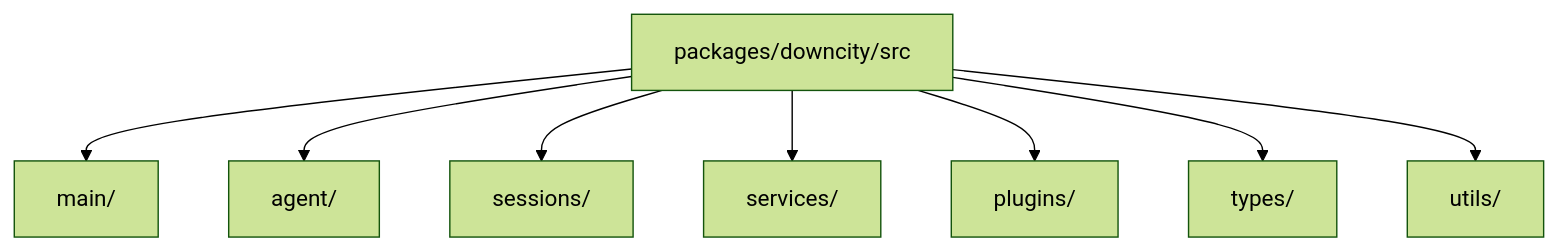
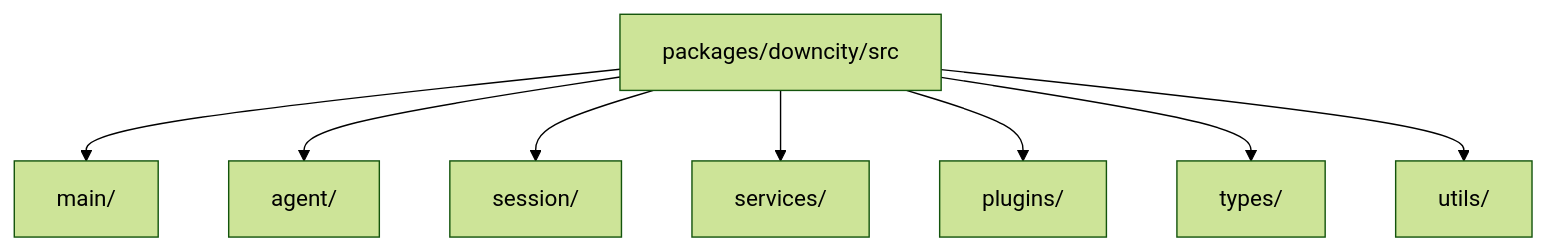
The diagram in homepage/content/devdocs/en/package/module-breakdown.mdx (wangenius/downcity), drawn with Mermaid (forest theme) before and after one commit. The commit also changed other lines of this file and 419 other files, not shown here.

````diff
--- a/homepage/content/devdocs/en/package/module-breakdown.mdx
+++ b/homepage/content/devdocs/en/package/module-breakdown.mdx
@@ -20,10 +20,10 @@
 ```mermaid
 flowchart TD
   ROOT["packages/downcity/src"] --> MAIN["main/"]
   ROOT --> AGENT["agent/"]
-  ROOT --> SESSIONS["sessions/"]
+  ROOT --> SESSION["session/"]
   ROOT --> SERVICES["services/"]
   ROOT --> PLUGINS["plugins/"]
   ROOT --> TYPES["types/"]
   ROOT --> UTILS["utils/"]
 ```
````
